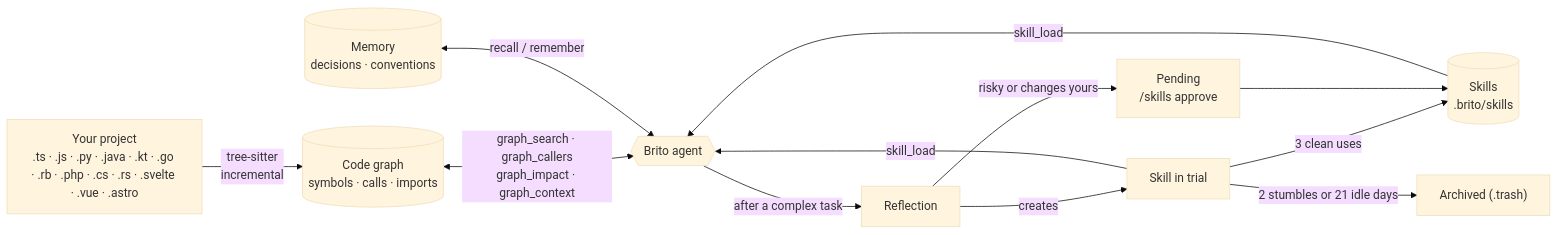
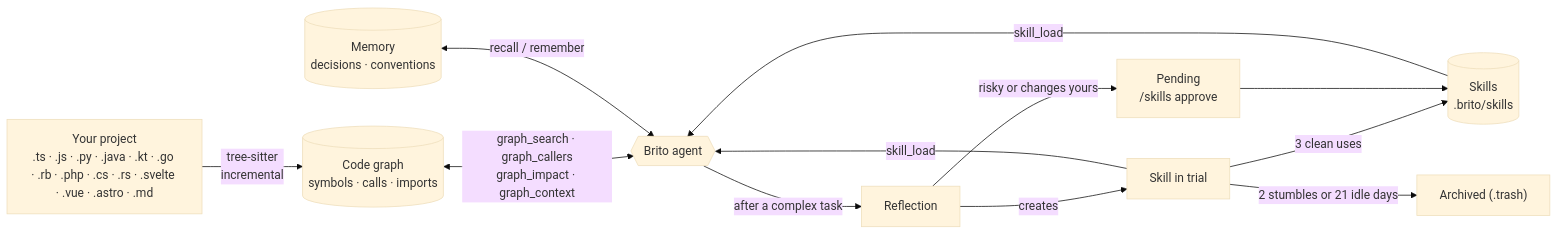
Before and after one commit to wilsonbrito/brito: the diagram in README.md, drawn with Mermaid (base theme). The commit also changed other lines of this file and 10 other files, not shown here.

First line of the commit message:
feat(graph): indexa markdown e adiciona ferramentas de notas

````diff
--- a/README.md
+++ b/README.md
@@ -45,14 +45,14 @@
 ```mermaid
 flowchart LR
-    code["Your project<br/>.ts · .js · .py · .java · .kt · .go · .rb · .php · .cs · .rs · .svelte · .vue · .astro"] -->|"tree-sitter<br/>incremental"| cg[("Code graph<br/>symbols · calls · imports")]
+    code["Your project<br/>.ts · .js · .py · .java · .kt · .go · .rb · .php · .cs · .rs · .svelte · .vue · .astro · .md"] -->|"tree-sitter<br/>incremental"| cg[("Code graph<br/>symbols · calls · imports")]
     cg <-->|"graph_search · graph_callers<br/>graph_impact · graph_context"| agent{{"Brito agent"}}
     mem[("Memory<br/>decisions · conventions")] <-->|"recall / remember"| agent
     agent -->|"after a complex task"| learn["Reflection"]
     learn -->|"creates"| trial["Skill in trial"]
     trial -->|"3 clean uses"| skills[("Skills<br/>.brito/skills")]
     trial -->|"2 stumbles or 21 idle days"| trash["Archived (.trash)"]
     learn -->|"risky or changes yours"| pending["Pending<br/>/skills approve"]
     pending --> skills
     skills -->|"skill_load"| agent
     trial -->|"skill_load"| agent
 ```
````
